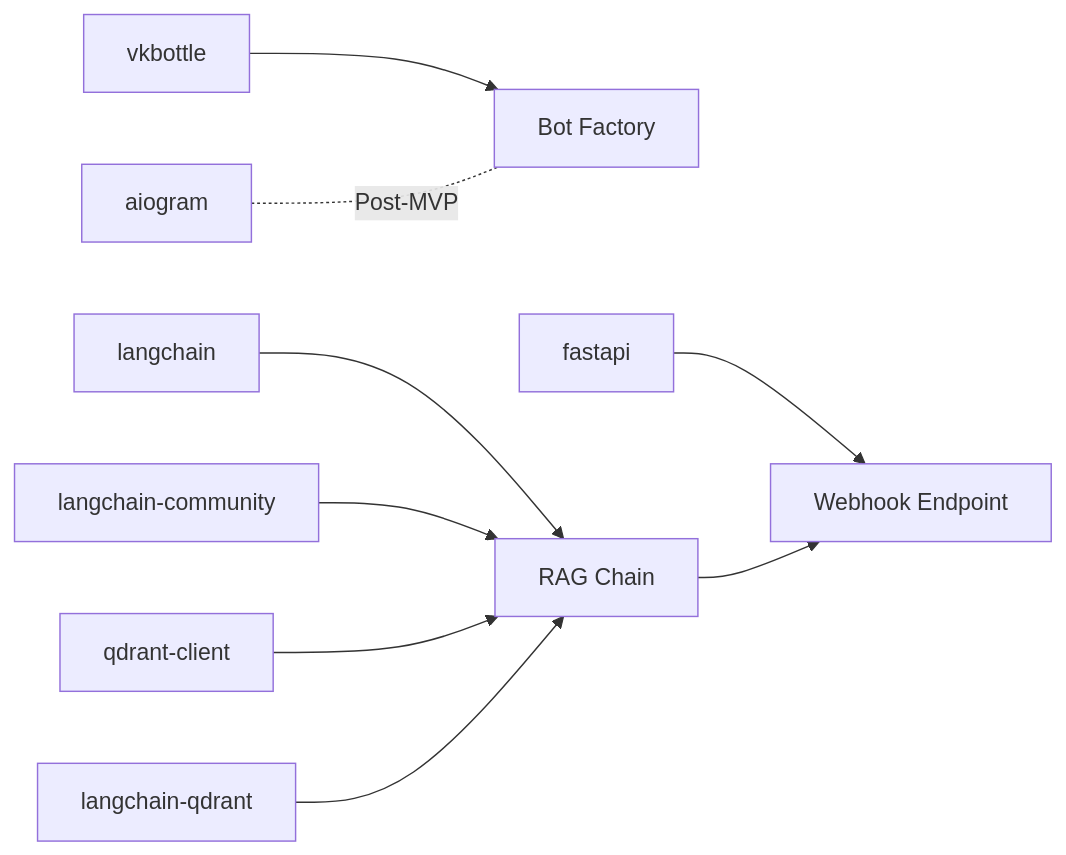
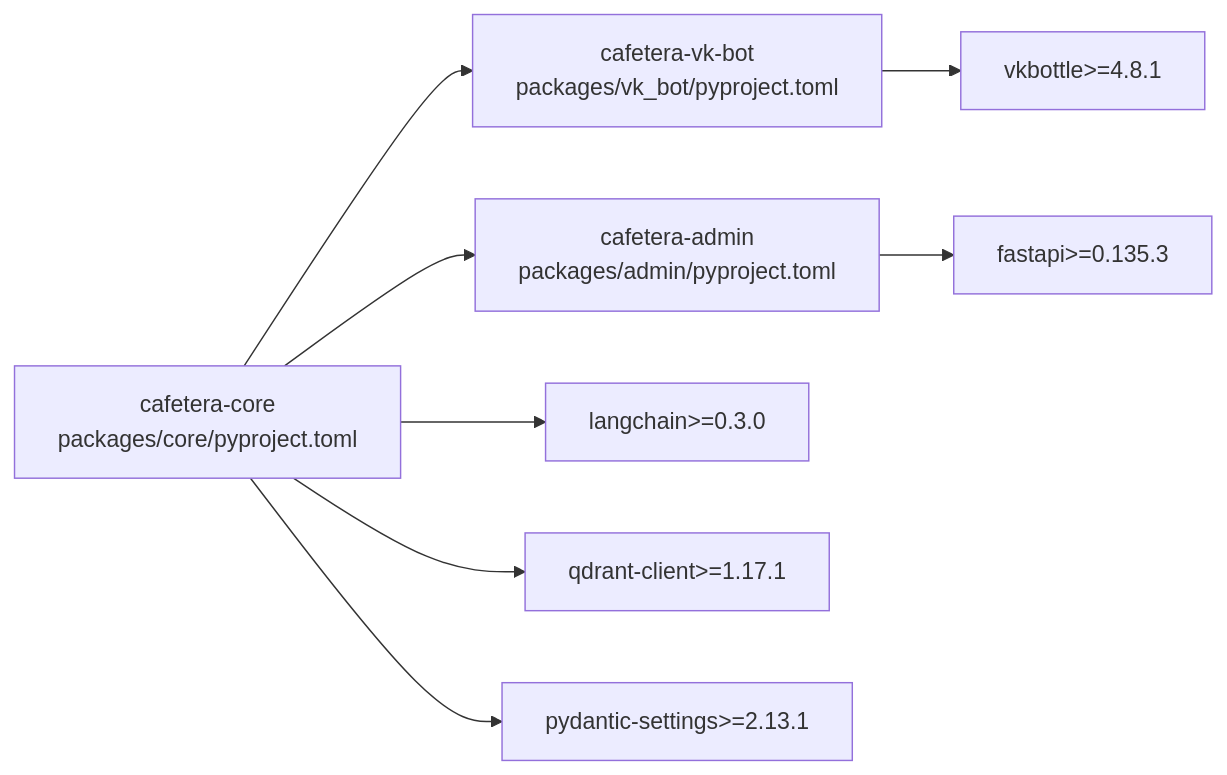
One commit to ognelis/cafetera_hr_bot changed the sixth of 6 diagrams in .qoder/repowiki/en/content/Project Overview.md. Above: the diagram before and after it, drawn with Mermaid. The commit also changed other lines of this file and 139 other files, not shown here.

````diff
--- a/.qoder/repowiki/en/content/Project Overview.md
+++ b/.qoder/repowiki/en/content/Project Overview.md
@@ -274,11 +339,10 @@
 ```mermaid
 graph LR
-VK["vkbottle"] --> Bot["Bot Factory"]
-Aiogram["aiogram"] -. "Post-MVP" .- Bot
-LC["langchain"] --> RAG["RAG Chain"]
-LCEmbed["langchain-community"] --> RAG
-Qdrant["qdrant-client"] --> RAG
-LCQdrant["langchain-qdrant"] --> RAG
-FastAPI["fastapi"] --> Webhook["Webhook Endpoint"]
-RAG --> Webhook
+Core["cafetera-core<br/>packages/core/pyproject.toml"] --> VKBot["cafetera-vk-bot<br/>packages/vk_bot/pyproject.toml"]
+Core --> Admin["cafetera-admin<br/>packages/admin/pyproject.toml"]
+VKBot --> VKBottle["vkbottle>=4.8.1"]
+Admin --> FastAPI["fastapi>=0.135.3"]
+Core --> LangChain["langchain>=0.3.0"]
+Core --> Qdrant["qdrant-client>=1.17.1"]
+Core --> Pydantic["pydantic-settings>=2.13.1"]
 ```
````
